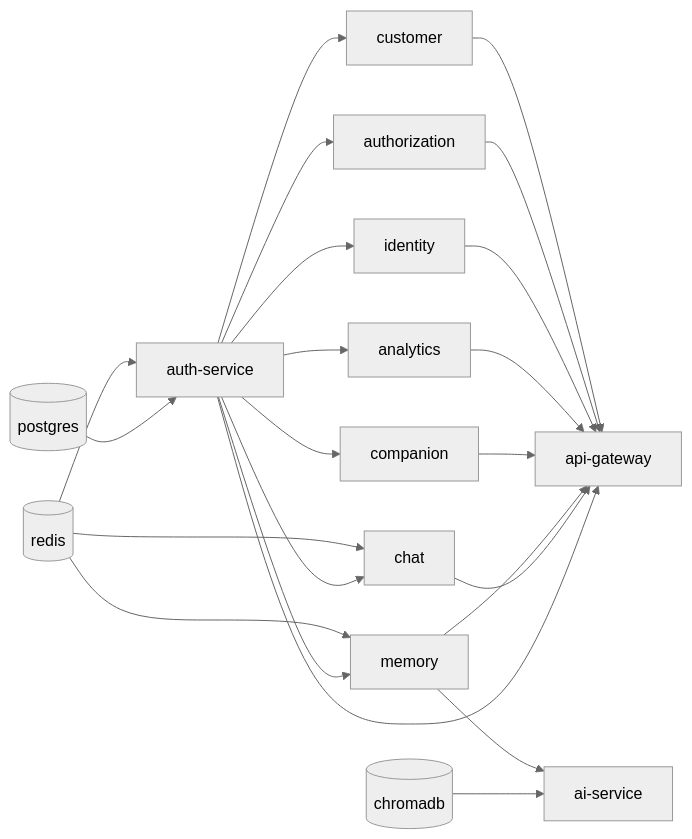
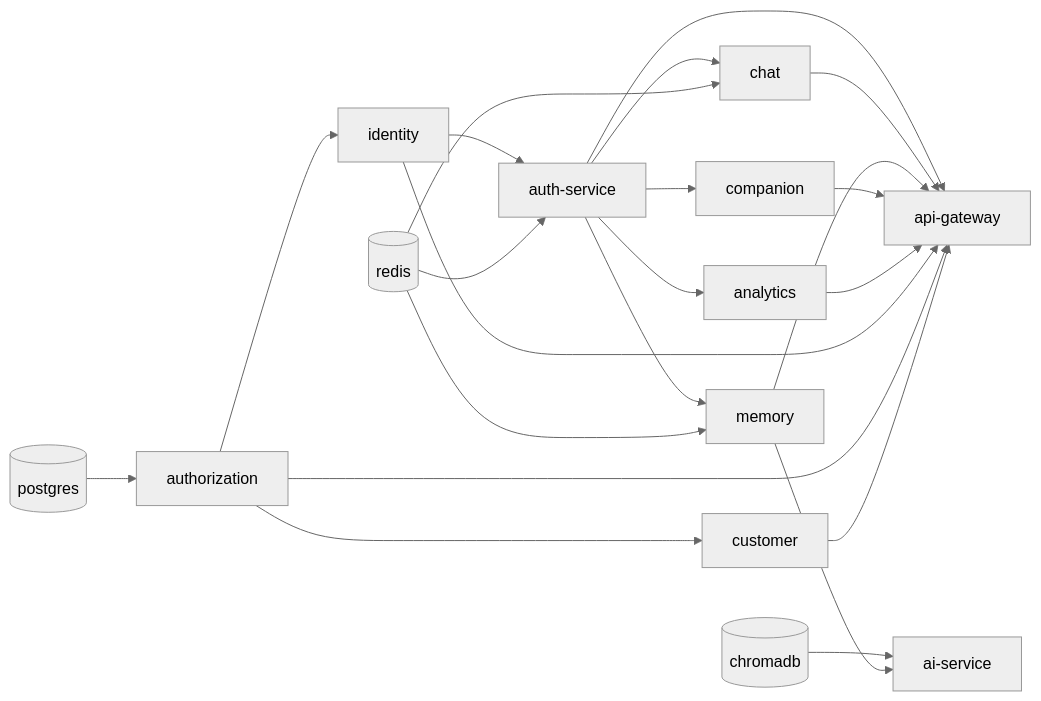
Before and after one commit to master-node1/the-aura-lab: the fifth of 5 diagrams in services/README.md, drawn with Mermaid (neutral theme). The commit also changed other lines of this file and 31 other files, not shown here.

````diff
--- a/services/README.md
+++ b/services/README.md
@@ -238,10 +243,12 @@
 ```mermaid
 flowchart LR
-    PG[(postgres)] --> AUTH[auth-service]
+    PG[(postgres)] --> AZ[authorization]
+    AZ --> ID[identity] & CUST[customer]
+    ID --> AUTH[auth-service]
     RD[(redis)] --> AUTH
-    AUTH --> ID[identity] & AZ[authorization] & CHAT[chat] & MEM[memory] & COMP[companion] & AN[analytics] & CUST[customer]
+    AUTH --> CHAT[chat] & MEM[memory] & COMP[companion] & AN[analytics]
     RD --> CHAT & MEM
     CH[(chromadb)] --> AI[ai-service]
     MEM --> AI
     AUTH & CHAT & MEM & COMP & AN & ID & AZ & CUST --> GW[api-gateway]
 ```
````
